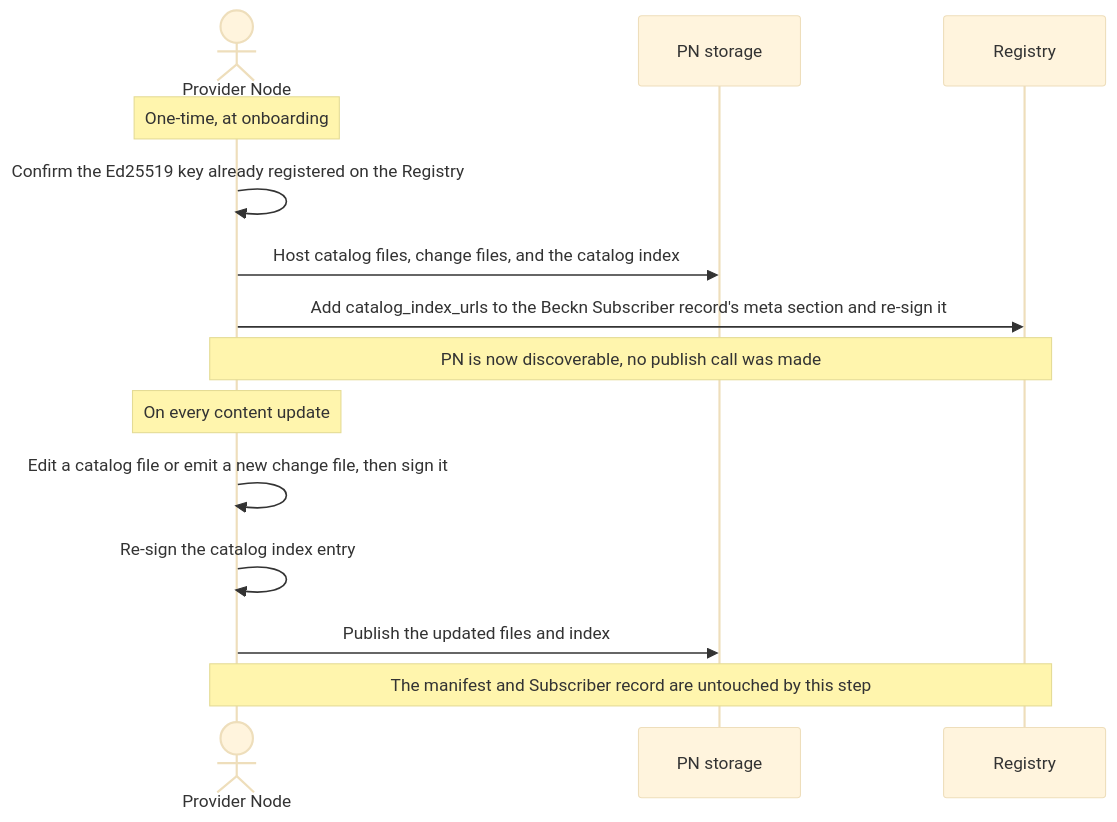
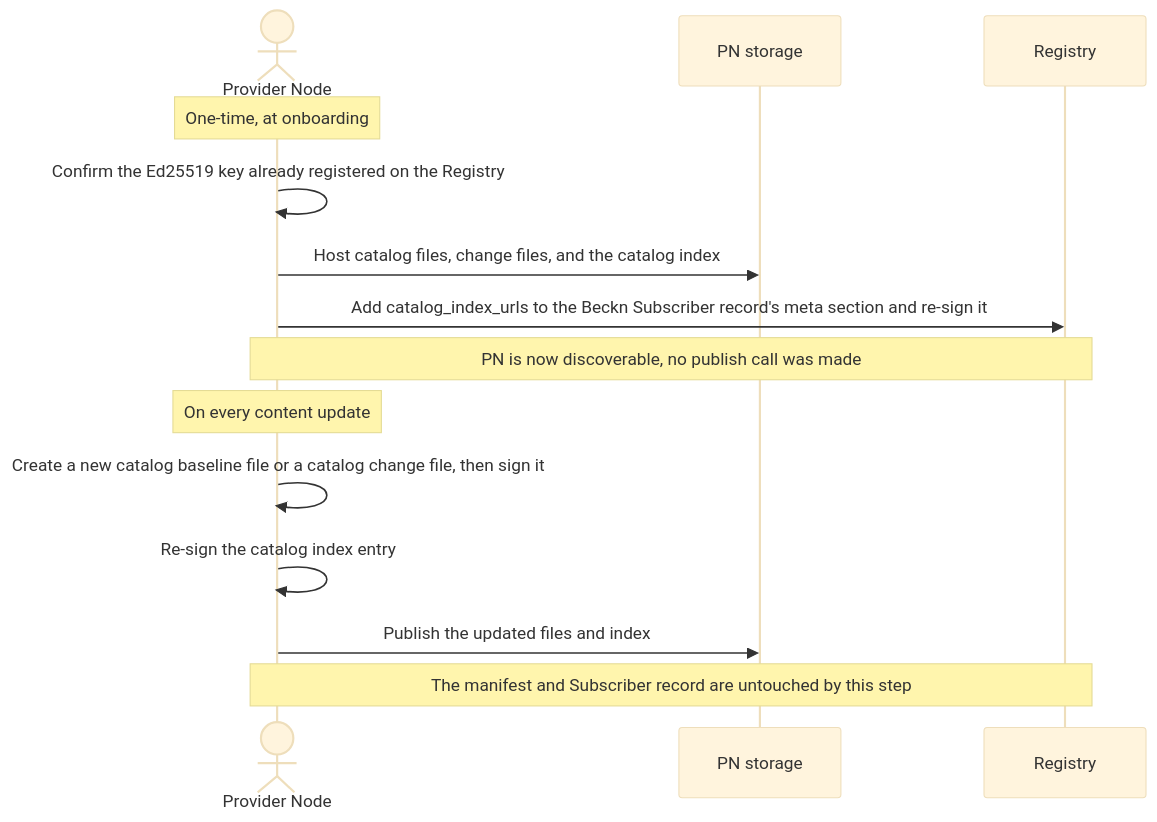
One commit to beckn/protocol-specifications-v2 changed the first of 3 diagrams in docs/Catalog_Publishing_and_Discovery.md. Above: the diagram before and after it, drawn with Mermaid (base theme). The commit also changed other lines of this file, not shown here.

````diff
--- a/docs/Catalog_Publishing_and_Discovery.md
+++ b/docs/Catalog_Publishing_and_Discovery.md
@@ -144,18 +144,18 @@
 ```mermaid
 sequenceDiagram
     actor PN as Provider Node
     participant Store as PN storage
     participant Reg as Registry
 
     Note over PN: One-time, at onboarding
     PN->>PN: Confirm the Ed25519 key already registered on the Registry
     PN->>Store: Host catalog files, change files, and the catalog index
     PN->>Reg: Add catalog_index_urls to the Beckn Subscriber record's meta section and re-sign it
     Note over PN,Reg: PN is now discoverable, no publish call was made
 
     Note over PN: On every content update
-    PN->>PN: Edit a catalog file or emit a new change file, then sign it
+    PN->>PN: Create a new catalog baseline file or a catalog change file, then sign it
     PN->>PN: Re-sign the catalog index entry
     PN->>Store: Publish the updated files and index
     Note over PN,Reg: The manifest and Subscriber record are untouched by this step
 ```
````
